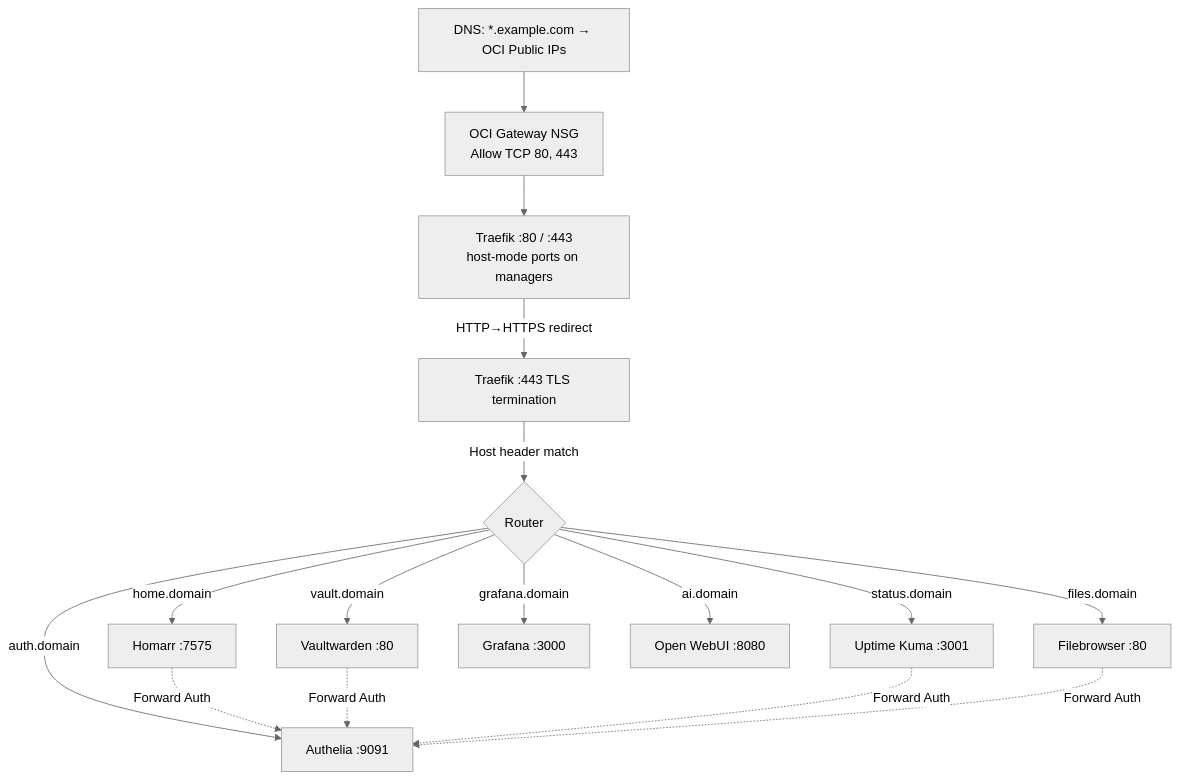
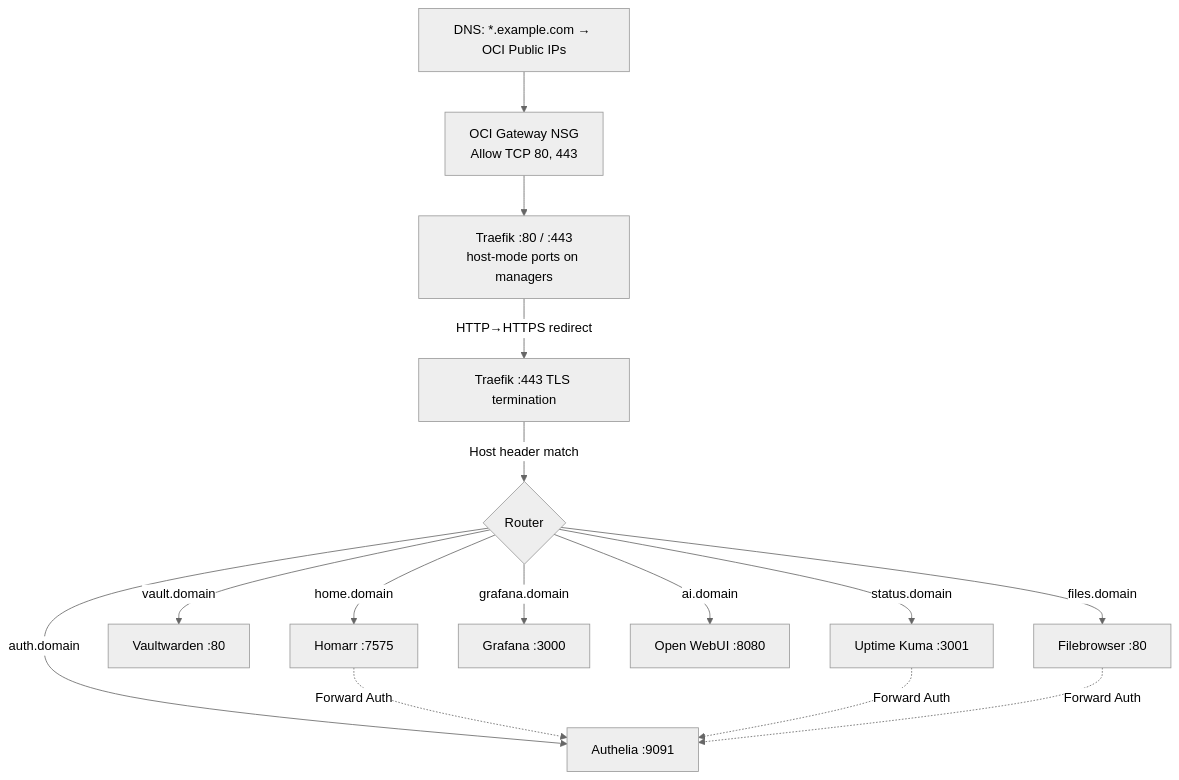
Before and after one commit to JoseStud/GoodOldMeServer: the fourth of 4 diagrams in docs/network-architecture.md, drawn with Mermaid (neutral theme). The commit also changed other lines of this file and 32 other files, not shown here.

````diff
--- a/docs/network-architecture.md
+++ b/docs/network-architecture.md
@@ -197,19 +197,18 @@
 ```mermaid
 flowchart TD
     DNS[DNS: *.example.com → OCI Public IPs] --> FW[OCI Gateway NSG<br/>Allow TCP 80, 443]
     FW --> T[Traefik :80 / :443<br/>host-mode ports on managers]
     T -->|HTTP→HTTPS redirect| T443[Traefik :443 TLS termination]
     T443 -->|Host header match| R{Router}
     R -->|auth.domain| AUTH[Authelia :9091]
     R -->|home.domain| HOM[Homarr :7575]
     R -->|vault.domain| VW[Vaultwarden :80]
     R -->|status.domain| UK[Uptime Kuma :3001]
     R -->|grafana.domain| GF[Grafana :3000]
     R -->|ai.domain| OW[Open WebUI :8080]
     R -->|files.domain| FB[Filebrowser :80]
 
     HOM -.->|Forward Auth| AUTH
-    VW -.->|Forward Auth| AUTH
     UK -.->|Forward Auth| AUTH
     FB -.->|Forward Auth| AUTH
 ```
````
